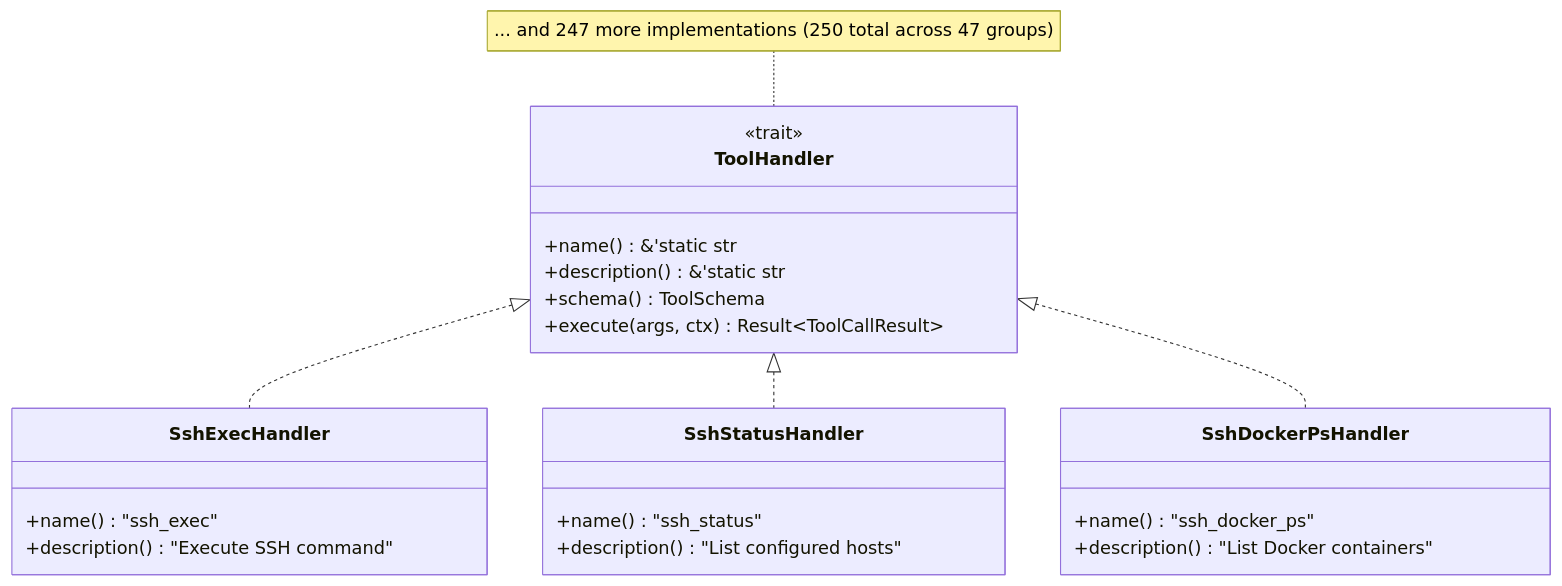
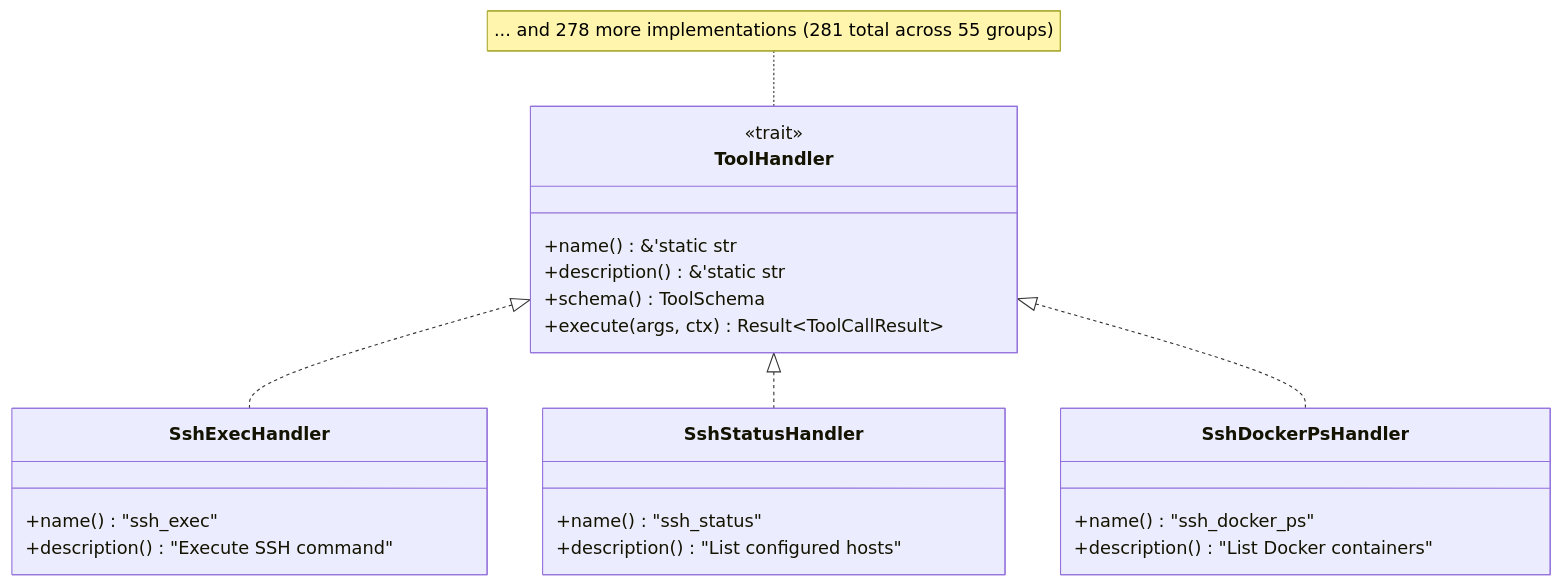
The second of 5 diagrams in src/ports/README.md (muchiny/mcp-ssh-bridge), drawn with Mermaid before and after one commit. The commit also changed other lines of this file and 8 other files, not shown here.

````diff
--- a/src/ports/README.md
+++ b/src/ports/README.md
@@ -79,31 +79,31 @@
 ```mermaid
 classDiagram
     class ToolHandler {
         <<trait>>
         +name() &'static str
         +description() &'static str
         +schema() ToolSchema
         +execute(args, ctx) Result~ToolCallResult~
     }
 
     class SshExecHandler {
         +name() "ssh_exec"
         +description() "Execute SSH command"
     }
 
     class SshStatusHandler {
         +name() "ssh_status"
         +description() "List configured hosts"
     }
 
     class SshDockerPsHandler {
         +name() "ssh_docker_ps"
         +description() "List Docker containers"
     }
 
     ToolHandler <|.. SshExecHandler
     ToolHandler <|.. SshStatusHandler
     ToolHandler <|.. SshDockerPsHandler
 
-    note for ToolHandler "... and 247 more implementations (250 total across 47 groups)"
+    note for ToolHandler "... and 278 more implementations (281 total across 55 groups)"
 ```
````
